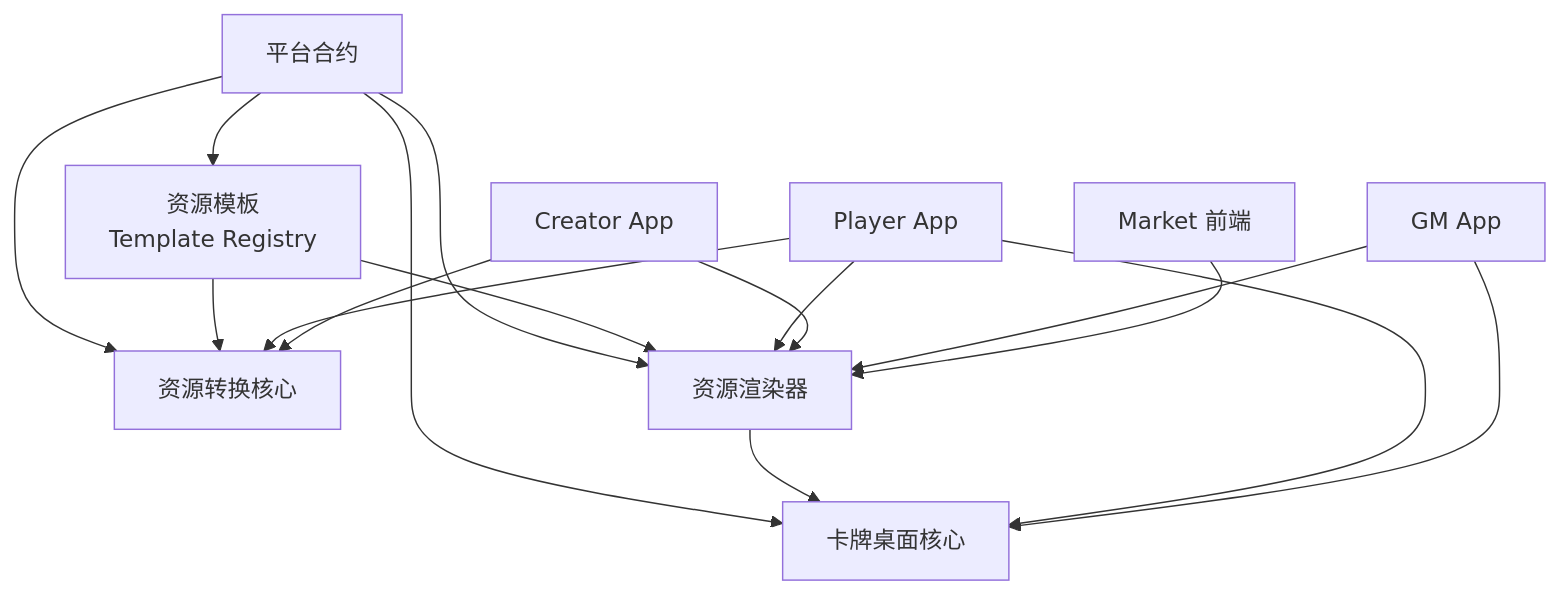
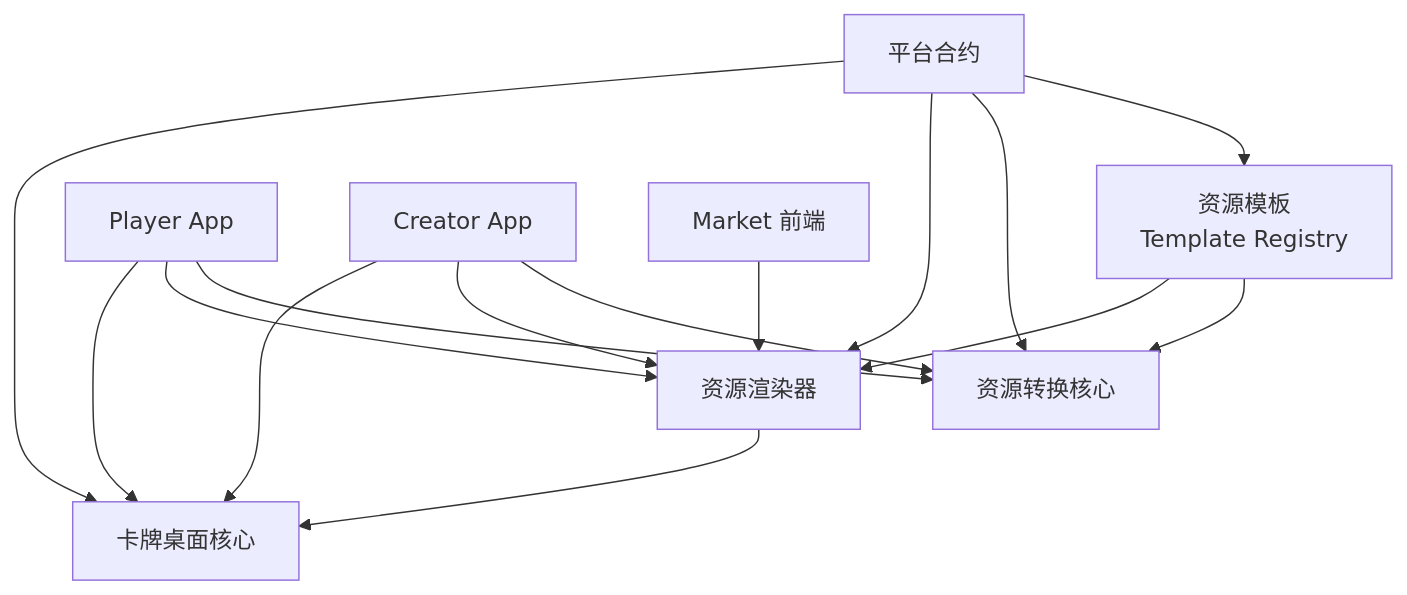
One commit to ZZZZzzzzac/PbDH changed the seventh of 8 diagrams in docs/c4.md. Above: the diagram before and after it, drawn with Mermaid. The commit also changed other lines of this file and 26 other files, not shown here.

````diff
--- a/docs/c4.md
+++ b/docs/c4.md
@@ -134,28 +136,26 @@
 ```mermaid
 flowchart TB
     contracts["平台合约"]
     templates["资源模板<br/>Template Registry"]
     conversion["资源转换核心"]
     renderer["资源渲染器"]
     tabletop["卡牌桌面核心"]
 
     contracts --> templates
     contracts --> conversion
     contracts --> renderer
     contracts --> tabletop
     templates --> conversion
     templates --> renderer
     renderer --> tabletop
 
     player["Player App"] --> conversion
     player --> renderer
     player --> tabletop
 
     creator["Creator App"] --> conversion
     creator --> renderer
-
-    gm["GM App"] --> renderer
-    gm --> tabletop
+    creator --> tabletop
 
     market["Market 前端"] --> renderer
 ```
````
